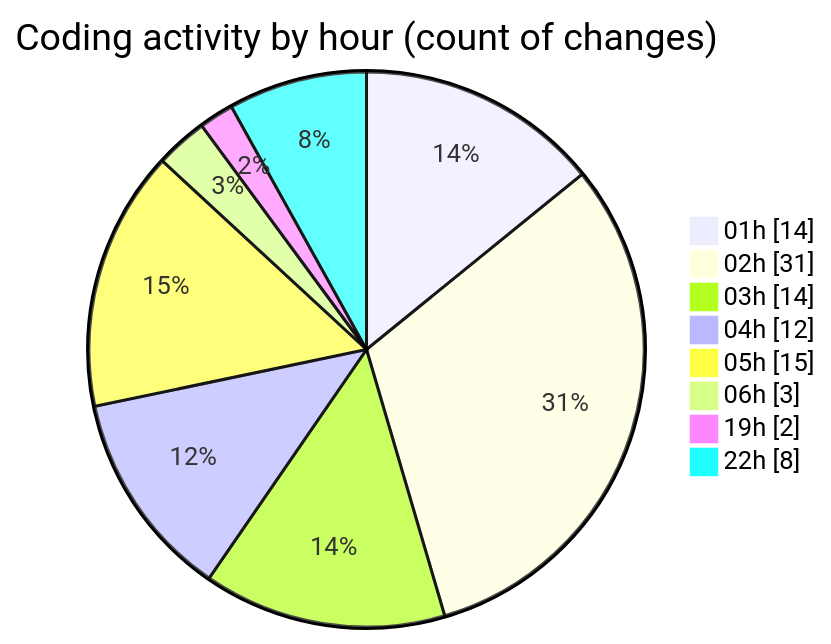
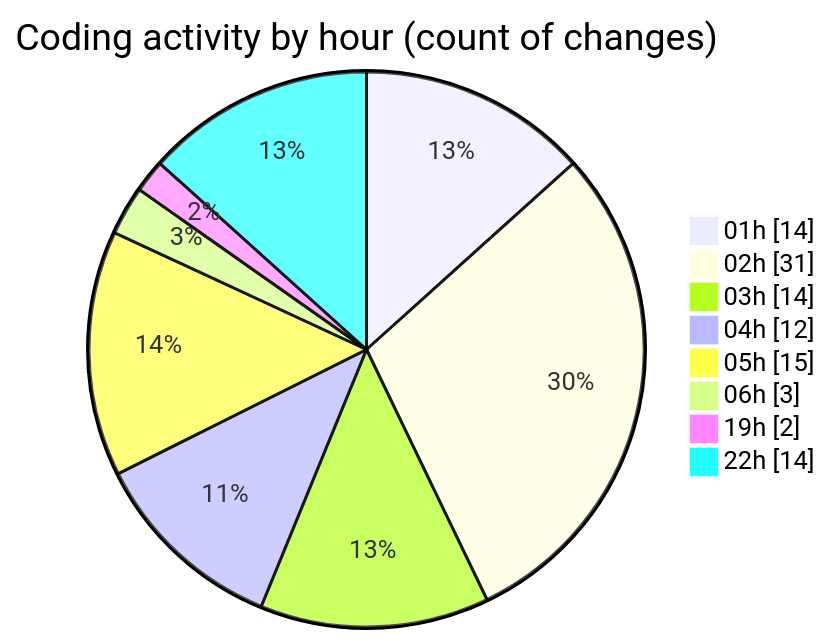
Before and after one commit to jrari/code-tracking: the second of 2 diagrams in 2025-07-13/telebot/README.md, drawn with Mermaid. The commit also changed other lines of this file and 1 other file, not shown here.

````diff
--- a/2025-07-13/telebot/README.md
+++ b/2025-07-13/telebot/README.md
@@ -71,12 +72,12 @@
 ```mermaid
 pie showData
 title Coding activity by hour (count of changes)
 "01h" : 14
 "02h" : 31
 "03h" : 14
 "04h" : 12
 "05h" : 15
 "06h" : 3
 "19h" : 2
-"22h" : 8
+"22h" : 14
 ```
````
